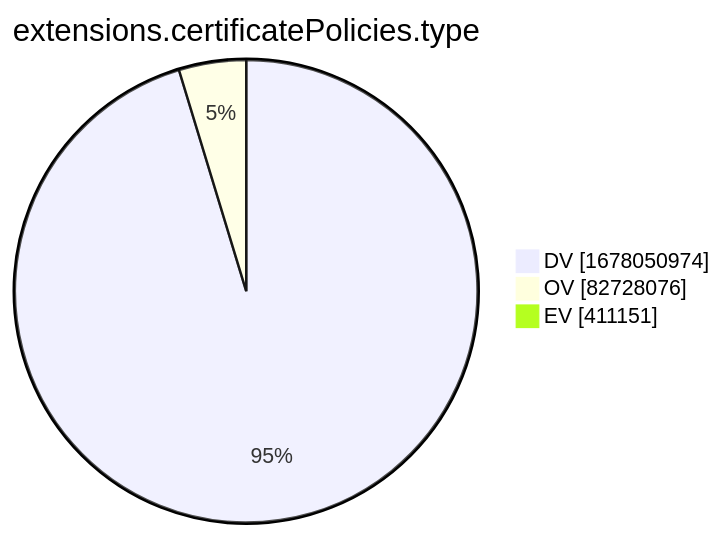
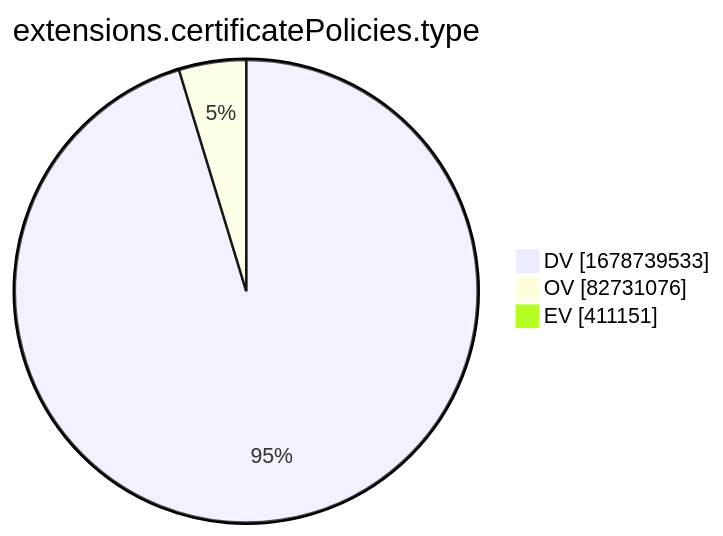
One commit to christiankrug/ctmonitor_visualization changed the tenth of 15 diagrams in xenon2022/README.md. Above: the diagram before and after it, drawn with Mermaid. The commit also changed other lines of this file, not shown here.

````diff
--- a/xenon2022/README.md
+++ b/xenon2022/README.md
@@ -2881,7 +2881,7 @@
 ```mermaid
 pie showData
 title extensions.certificatePolicies.type
-"DV" :1678050974
-"OV" :82728076
+"DV" :1678739533
+"OV" :82731076
 "EV" :411151
 ```
````
